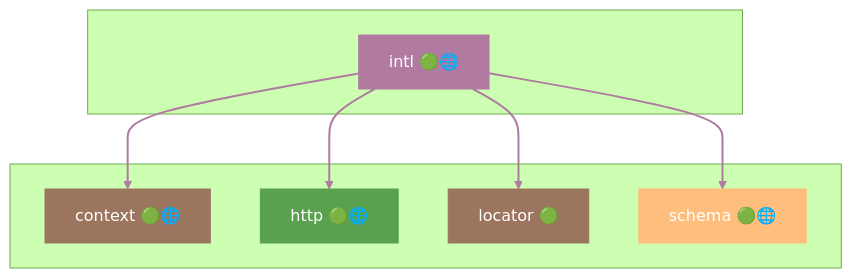
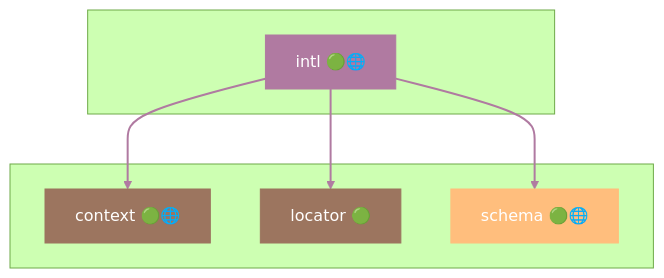
Diagram 26 of 46 in docs/DEPENDENCIES.md (grest-ts/grest-ts), drawn with Mermaid (forest theme) before and after one commit. The commit also changed other lines of this file and 15 other files, not shown here.

First line of the commit message:
Update docs to unified middleware API; refresh dependency graph

````diff
--- a/docs/DEPENDENCIES.md
+++ b/docs/DEPENDENCIES.md
@@ -1245,25 +1259,21 @@
 ```mermaid
 flowchart TB
     subgraph Package[" "]
         intl["intl 🟢🌐"]
     end
     subgraph Dependencies[" "]
         context["context 🟢🌐"]
-        http["http 🟢🌐"]
         locator["locator 🟢"]
         schema["schema 🟢🌐"]
     end
     intl --> context
-    intl --> http
     intl --> locator
     intl --> schema
     style intl fill:#B07AA1,stroke:#B07AA1,color:#fff
     style context fill:#9C755F,stroke:#9C755F,color:#fff
-    style http fill:#59A14F,stroke:#59A14F,color:#fff
     style locator fill:#9C755F,stroke:#9C755F,color:#fff
     style schema fill:#FFBE7D,stroke:#FFBE7D,color:#fff
     linkStyle 0 stroke:#B07AA1,stroke-width:2px
     linkStyle 1 stroke:#B07AA1,stroke-width:2px
     linkStyle 2 stroke:#B07AA1,stroke-width:2px
-    linkStyle 3 stroke:#B07AA1,stroke-width:2px
 ```
````
